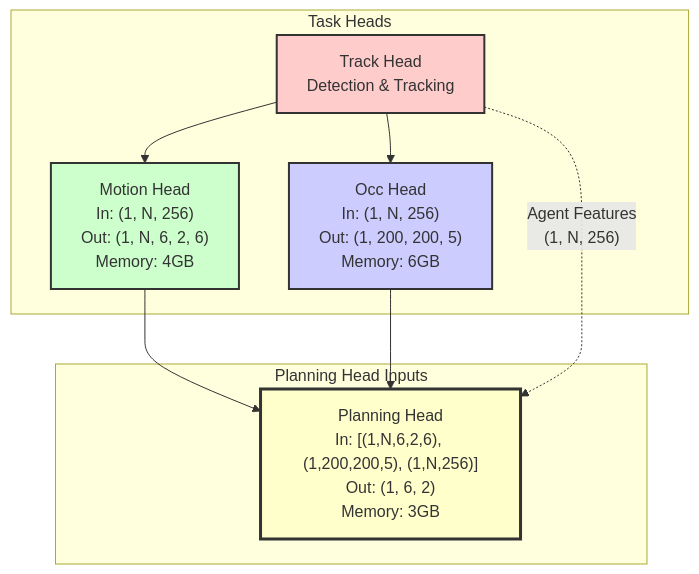
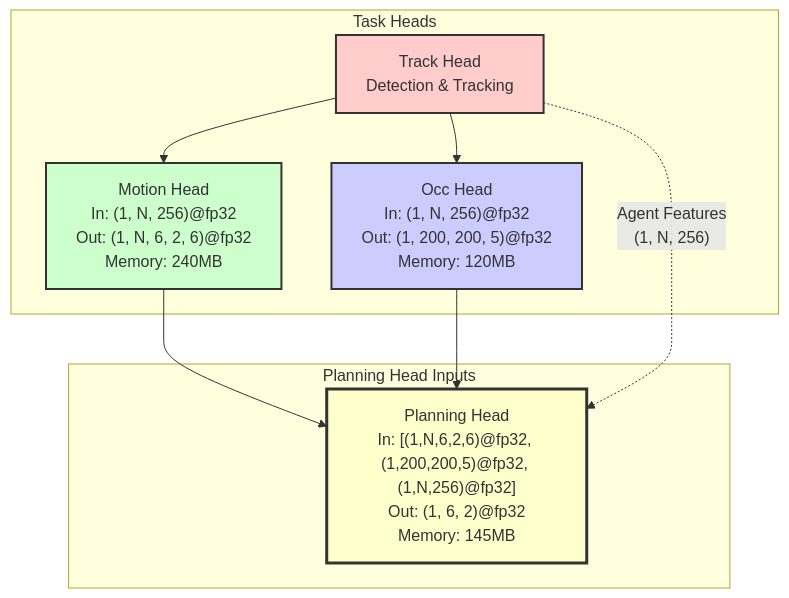
The second of 8 diagrams in tools/pytorch_op_tracer/reports/task_heads/planning_head_report.md (litanlitudan/UniAD), drawn with Mermaid before and after one commit. The commit also changed other lines of this file and 17 other files, not shown here.

First line of the commit message:
Enhance Mixed Precision Support and Memory Analysis in Task Head Reports

````diff
--- a/tools/pytorch_op_tracer/reports/task_heads/planning_head_report.md
+++ b/tools/pytorch_op_tracer/reports/task_heads/planning_head_report.md
@@ -73,23 +73,23 @@
 ```mermaid
 graph TB
     subgraph "Task Heads"
         Track["Track Head<br/>Detection & Tracking"]
-        Motion["Motion Head<br/>In: (1, N, 256)<br/>Out: (1, N, 6, 2, 6)<br/>Memory: 4GB"]
-        Occ["Occ Head<br/>In: (1, N, 256)<br/>Out: (1, 200, 200, 5)<br/>Memory: 6GB"]
+        Motion["Motion Head<br/>In: (1, N, 256)@fp32<br/>Out: (1, N, 6, 2, 6)@fp32<br/>Memory: 240MB"]
+        Occ["Occ Head<br/>In: (1, N, 256)@fp32<br/>Out: (1, 200, 200, 5)@fp32<br/>Memory: 120MB"]
     end
     
     subgraph "Planning Head Inputs"
-        Planning["Planning Head<br/>In: [(1,N,6,2,6), (1,200,200,5), (1,N,256)]<br/>Out: (1, 6, 2)<br/>Memory: 3GB"]
+        Planning["Planning Head<br/>In: [(1,N,6,2,6)@fp32, (1,200,200,5)@fp32, (1,N,256)@fp32]<br/>Out: (1, 6, 2)@fp32<br/>Memory: 145MB"]
     end
     
     Track --> Motion
     Track --> Occ
     Motion --> Planning
     Occ --> Planning
     Track -.-> |"Agent Features<br/>(1, N, 256)"| Planning
     
     style Track fill:#ffcccc,stroke:#333,stroke-width:2px
     style Motion fill:#ccffcc,stroke:#333,stroke-width:2px
     style Occ fill:#ccccff,stroke:#333,stroke-width:2px
     style Planning fill:#ffffcc,stroke:#333,stroke-width:3px
 ```
````
